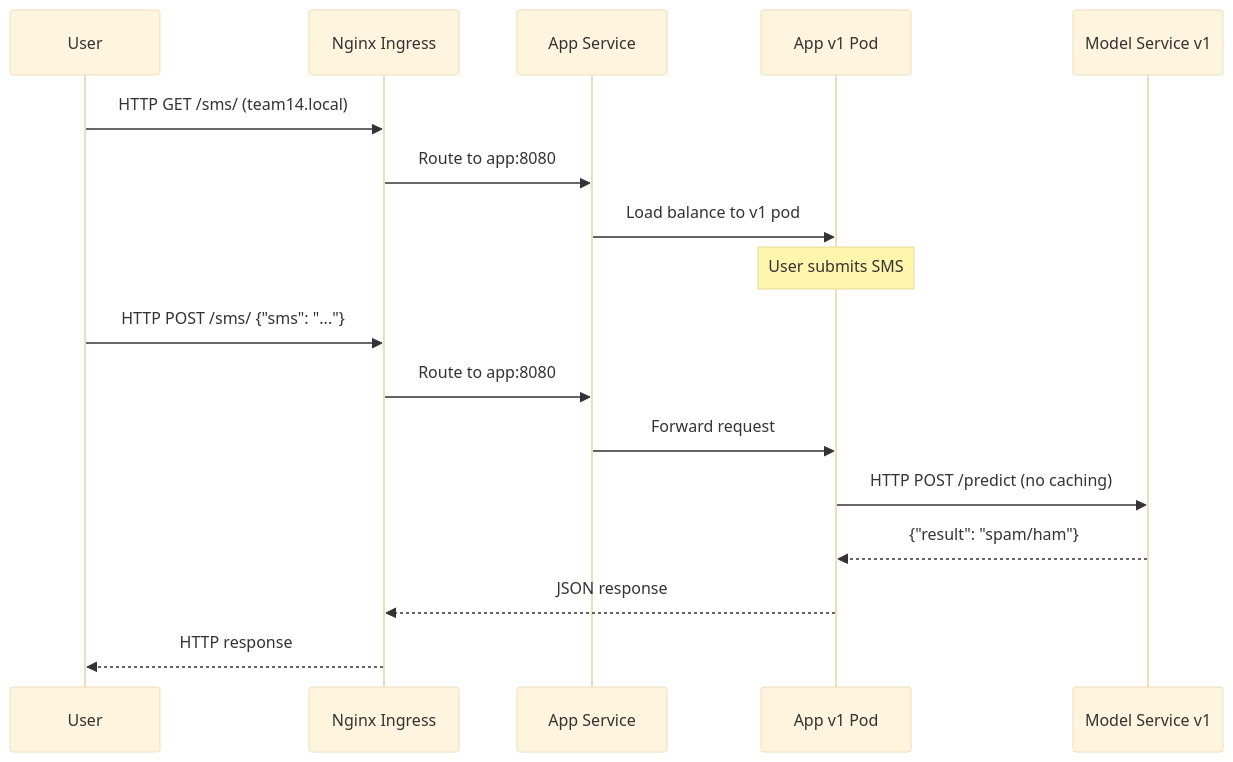
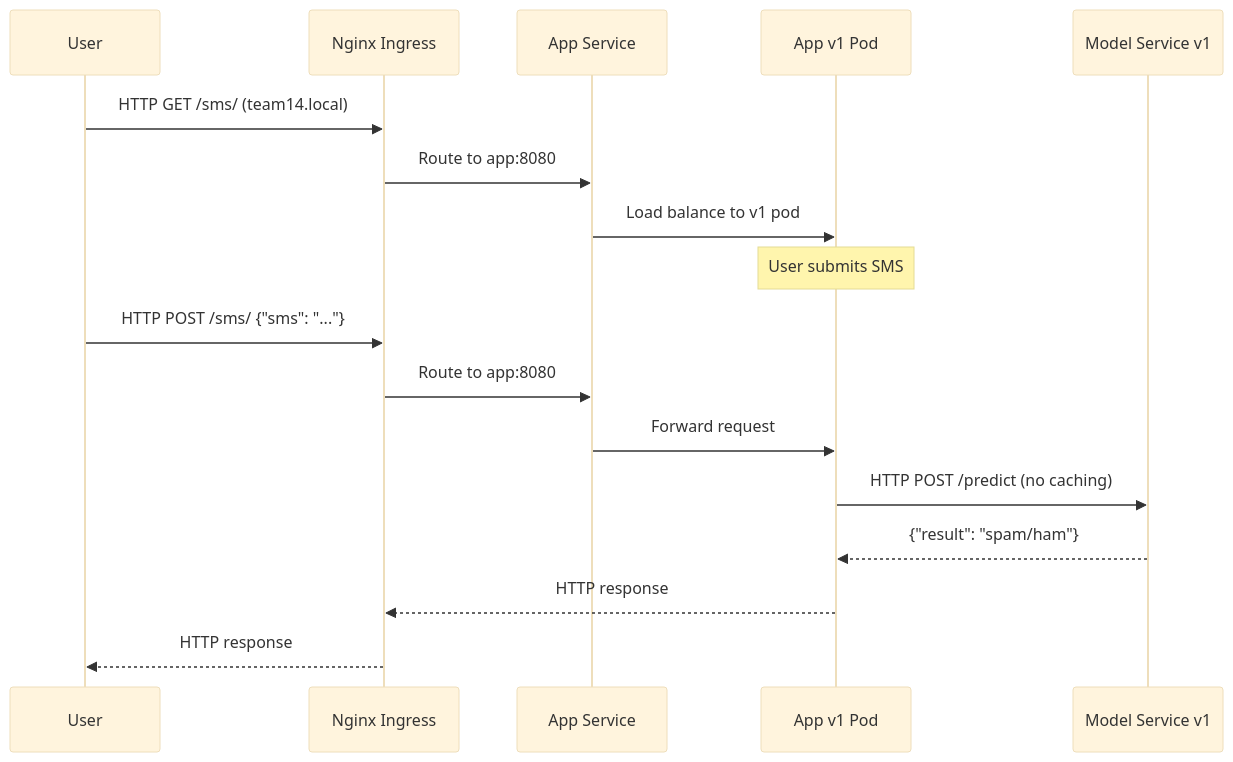
Before and after one commit to doda2025-team14/operation: the third of 7 diagrams in docs/deployment.md, drawn with Mermaid (base theme). The commit also changed other lines of this file, not shown here.

Commit message:
update ToC and change remain json to http

````diff
--- a/docs/deployment.md
+++ b/docs/deployment.md
@@ -165,20 +162,20 @@
 ```mermaid
 sequenceDiagram
     participant U as User
     participant N as Nginx Ingress
     participant S as App Service
     participant A as App v1 Pod
     participant M as Model Service v1
 
     U->>N: HTTP GET /sms/ (team14.local)
     N->>S: Route to app:8080
     S->>A: Load balance to v1 pod
     Note over A: User submits SMS
     U->>N: HTTP POST /sms/ {"sms": "..."}
     N->>S: Route to app:8080
     S->>A: Forward request
     A->>M: HTTP POST /predict (no caching)
     M-->>A: {"result": "spam/ham"}
-    A-->>N: JSON response
+    A-->>N: HTTP response
     N-->>U: HTTP response
 ```
````
